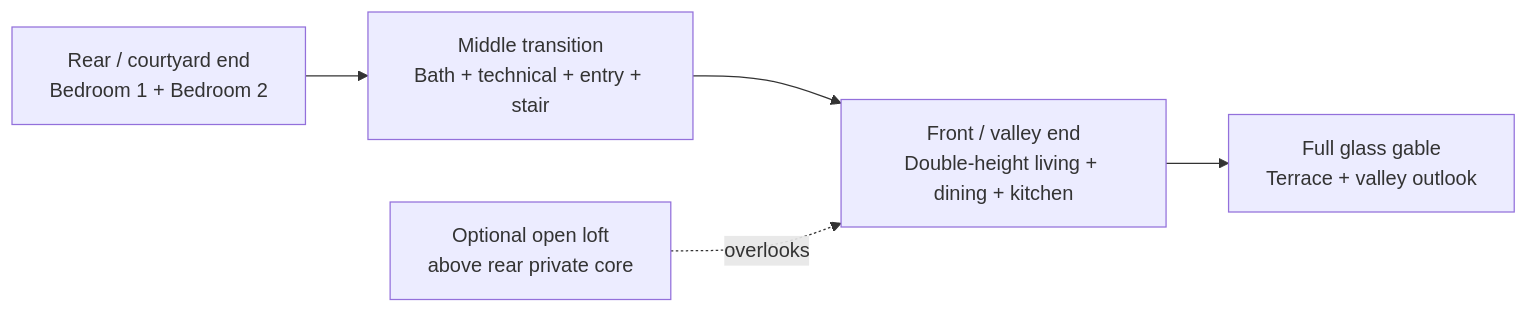
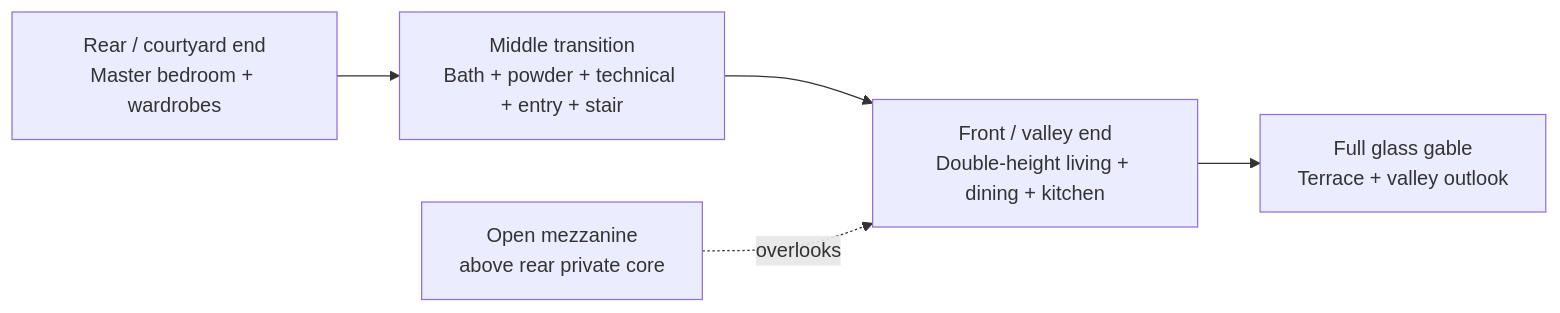
The diagram in docs/ARCHITECTURAL-CONCEPT.md (DenisCarriere/schorisse-build), drawn with Mermaid before and after one commit. The commit also changed other lines of this file and 8 other files, not shown here.

````diff
--- a/docs/ARCHITECTURAL-CONCEPT.md
+++ b/docs/ARCHITECTURAL-CONCEPT.md
@@ -69,7 +69,7 @@
 ```mermaid
 flowchart LR
-    A[Rear / courtyard end<br/>Bedroom 1 + Bedroom 2] --> B[Middle transition<br/>Bath + technical + entry + stair]
+    A[Rear / courtyard end<br/>Master bedroom + wardrobes] --> B[Middle transition<br/>Bath + powder + technical + entry + stair]
     B --> C[Front / valley end<br/>Double-height living + dining + kitchen]
     C --> D[Full glass gable<br/>Terrace + valley outlook]
-    E[Optional open loft<br/>above rear private core] -. overlooks .-> C
+    E[Open mezzanine<br/>above rear private core] -. overlooks .-> C
 ```
````
